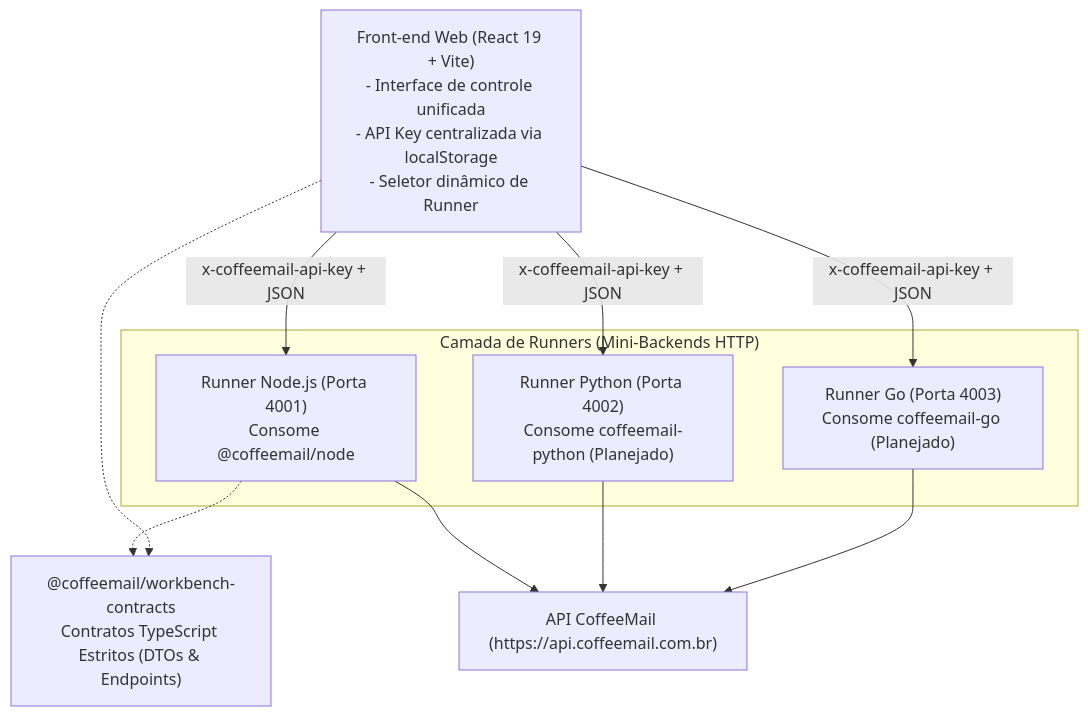
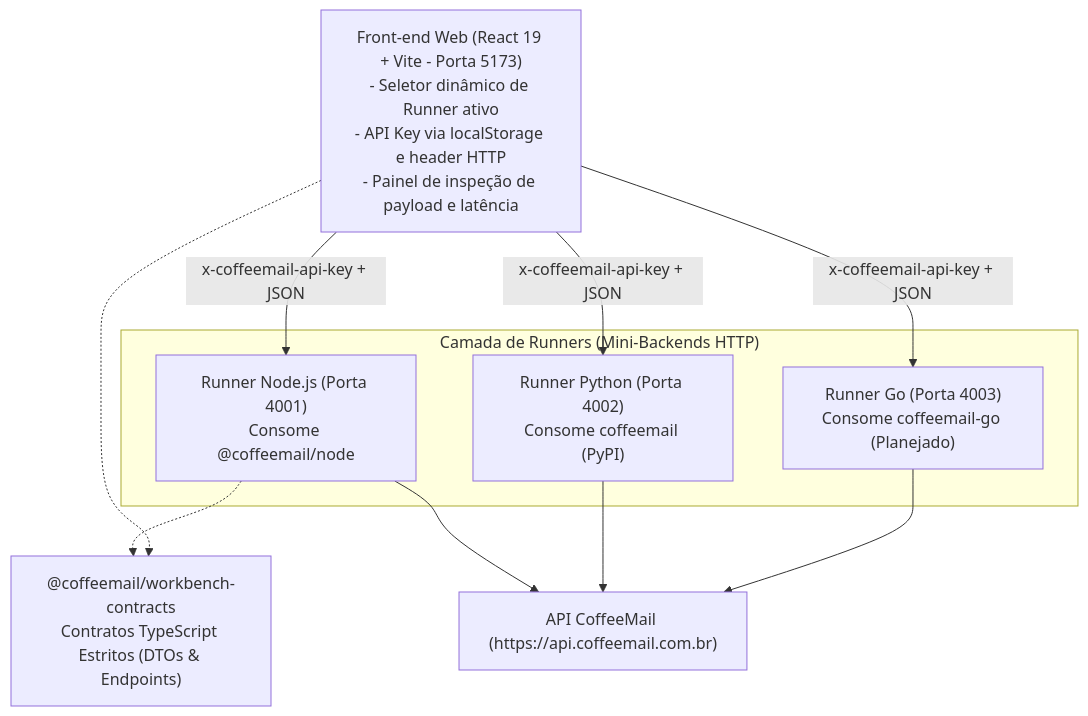
Before and after one commit to Coffee-Mail/coffee-mail-sdk-workbench: the diagram in README.md, drawn with Mermaid. The commit also changed other lines of this file, not shown here.

Commit message:
docs: atualiza README com status operacional do runner python e novos scripts

````diff
--- a/README.md
+++ b/README.md
@@ -23,23 +35,23 @@
 ```mermaid
 flowchart TD
-    Front["Front-end Web (React 19 + Vite)\n- Interface de controle unificada\n- API Key centralizada via localStorage\n- Seletor dinâmico de Runner"]
+    Front["Front-end Web (React 19 + Vite - Porta 5173)\n- Seletor dinâmico de Runner ativo\n- API Key via localStorage e header HTTP\n- Painel de inspeção de payload e latência"]
     
     subgraph Runners ["Camada de Runners (Mini-Backends HTTP)"]
         RunnerNode["Runner Node.js (Porta 4001)\nConsome @coffeemail/node"]
-        RunnerPython["Runner Python (Porta 4002)\nConsome coffeemail-python (Planejado)"]
+        RunnerPython["Runner Python (Porta 4002)\nConsome coffeemail (PyPI)"]
         RunnerGo["Runner Go (Porta 4003)\nConsome coffeemail-go (Planejado)"]
     end
     
     Contracts["@coffeemail/workbench-contracts\nContratos TypeScript Estritos (DTOs & Endpoints)"]
     
     Front -->|"x-coffeemail-api-key + JSON"| RunnerNode
     Front -->|"x-coffeemail-api-key + JSON"| RunnerPython
     Front -->|"x-coffeemail-api-key + JSON"| RunnerGo
     
     RunnerNode -.-> Contracts
     Front -.-> Contracts
     
     RunnerNode --> CoffeeMailAPI["API CoffeeMail (https://api.coffeemail.com.br)"]
     RunnerPython --> CoffeeMailAPI
     RunnerGo --> CoffeeMailAPI
 ```
````
